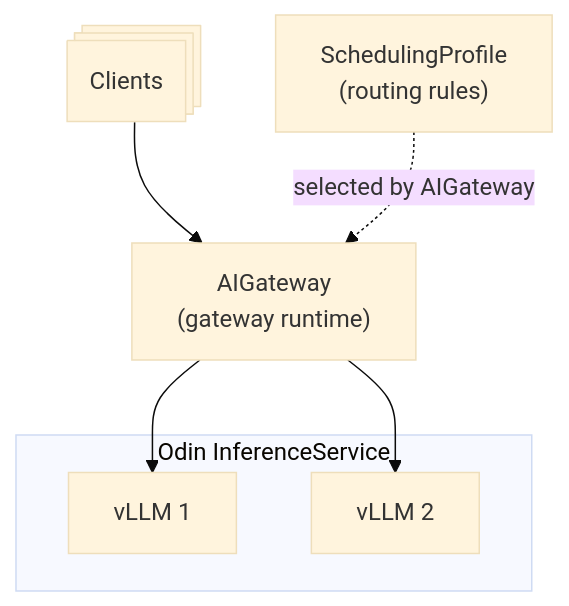
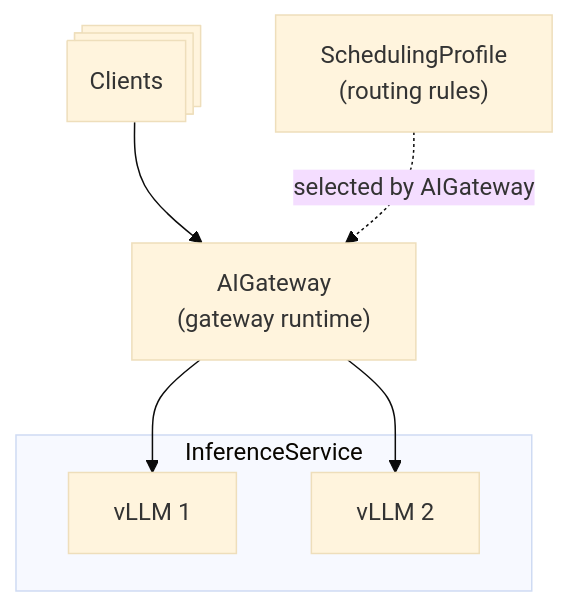
One commit to moreh-dev/mif changed the diagram in website/docs/getting-started/quickstart.mdx. Above: the diagram before and after it, drawn with Mermaid (base theme). The commit also changed other lines of this file and 1 other file, not shown here.

First line of the commit message:
MAF-20256: docs(website): tighten CRD/InferenceService terminology

````diff
--- a/website/docs/getting-started/quickstart.mdx
+++ b/website/docs/getting-started/quickstart.mdx
@@ -97,11 +97,11 @@
 ```mermaid
 graph TB
     clients@{ shape: procs, label: "Clients" } --> gateway["AIGateway<br>(gateway runtime)"]
     sp["SchedulingProfile<br>(routing rules)"] -. selected by AIGateway .-> gateway
-    subgraph odin["Odin InferenceService"]
+    subgraph odin["InferenceService"]
       vllm1[vLLM 1]
       vllm2[vLLM 2]
     end
     gateway --> vllm1
     gateway --> vllm2
 ```
````
